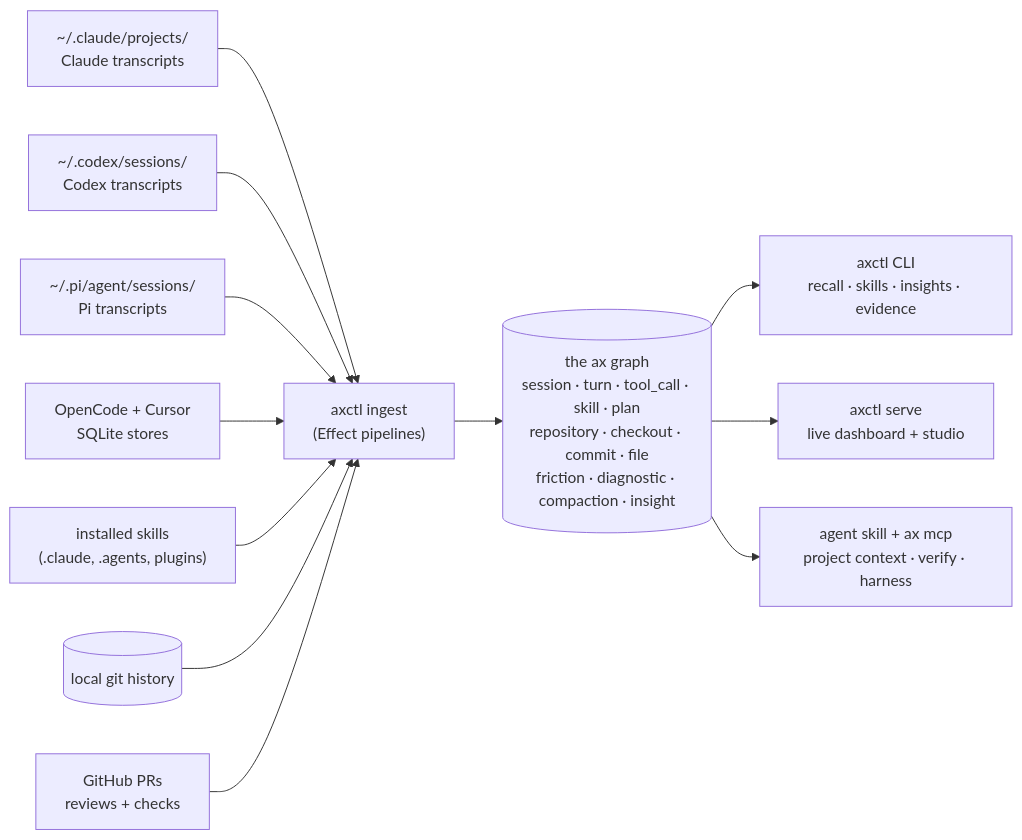
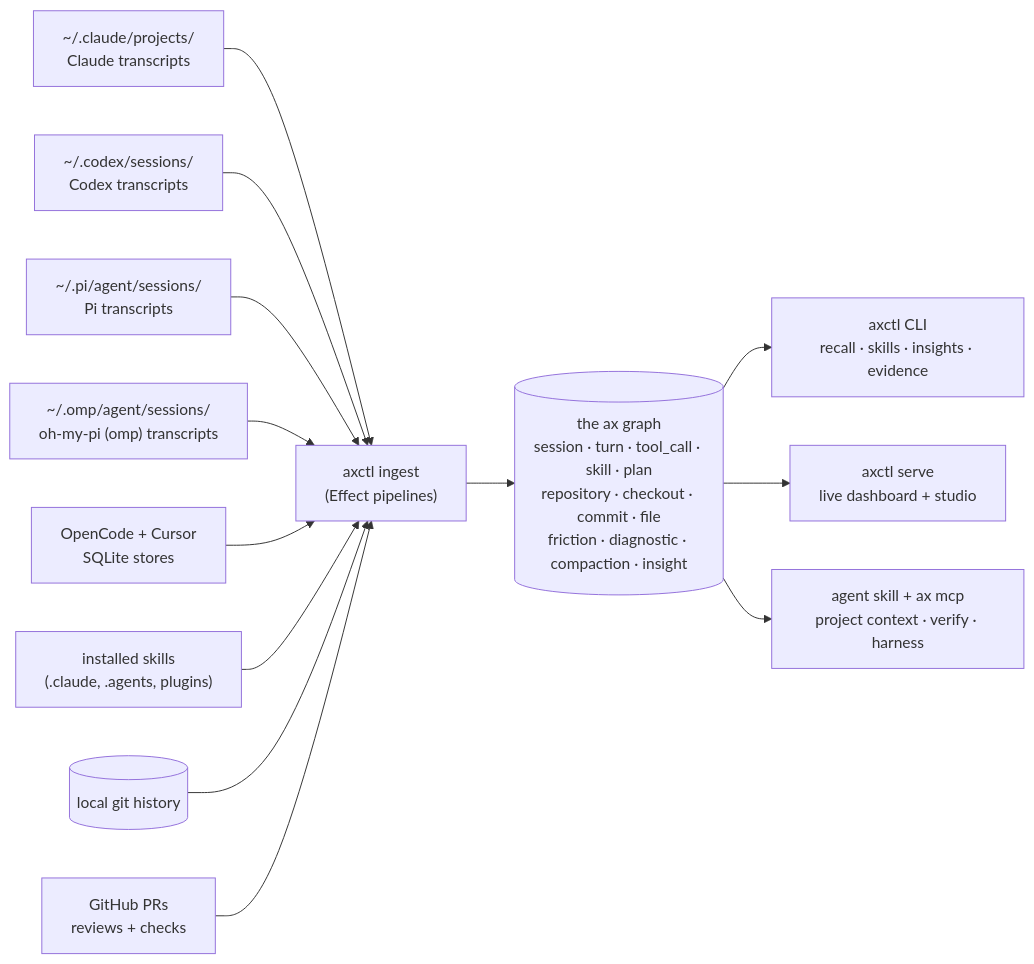
One commit to Necmttn/ax changed the diagram in README.md. Above: the diagram before and after it, drawn with Mermaid. The commit also changed 23 other files, not shown here.

````diff
--- a/README.md
+++ b/README.md
@@ -107,25 +107,27 @@
 ```mermaid
 flowchart LR
   cc["~/.claude/projects/<br/>Claude transcripts"]
   cx["~/.codex/sessions/<br/>Codex transcripts"]
   pi["~/.pi/agent/sessions/<br/>Pi transcripts"]
+  omp["~/.omp/agent/sessions/<br/>oh-my-pi (omp) transcripts"]
   oc["OpenCode + Cursor<br/>SQLite stores"]
   sk["installed skills<br/>(.claude, .agents, plugins)"]
   g[("local git history")]
   gh["GitHub PRs<br/>reviews + checks"]
 
   cc --> ingest
   cx --> ingest
   pi --> ingest
+  omp --> ingest
   oc --> ingest
   sk --> ingest
   g  --> ingest
   gh --> ingest
 
   ingest["axctl ingest<br/>(Effect pipelines)"] --> db
   db[("the ax graph<br/>session · turn · tool_call · skill · plan<br/>repository · checkout · commit · file<br/>friction · diagnostic · compaction · insight")]
 
   db --> cli["axctl CLI<br/>recall · skills · insights · evidence"]
   db --> dash["axctl serve<br/>live dashboard + studio"]
   db --> agent["agent skill + ax mcp<br/>project context · verify · harness"]
 ```
````
